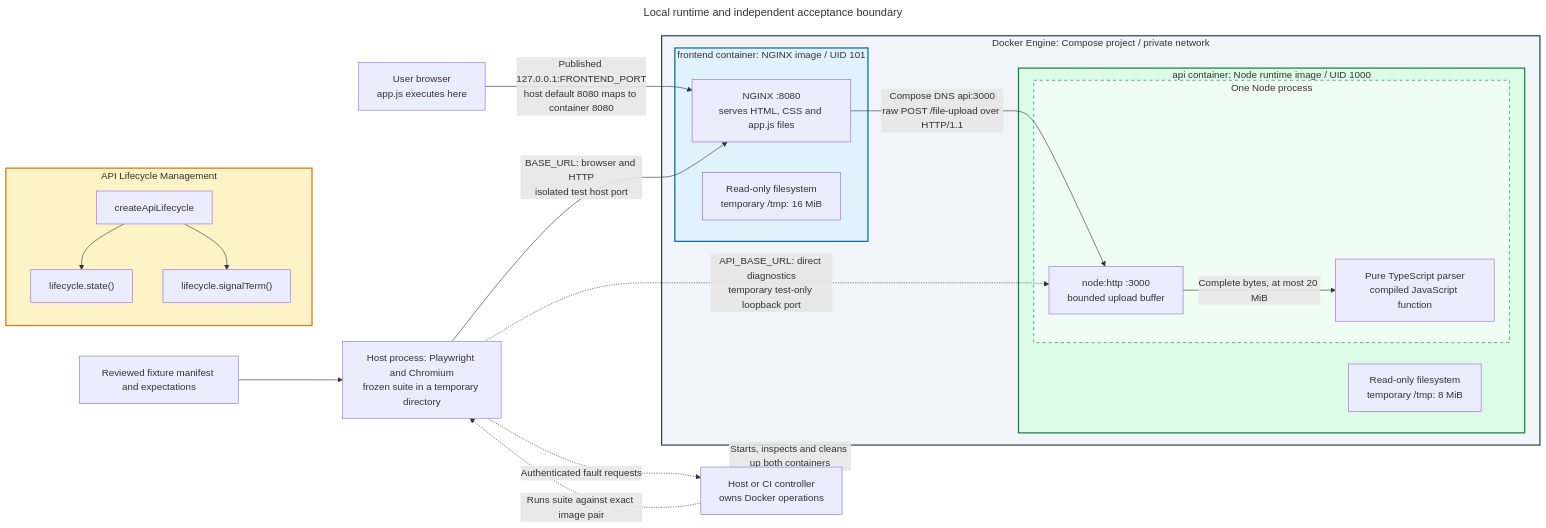
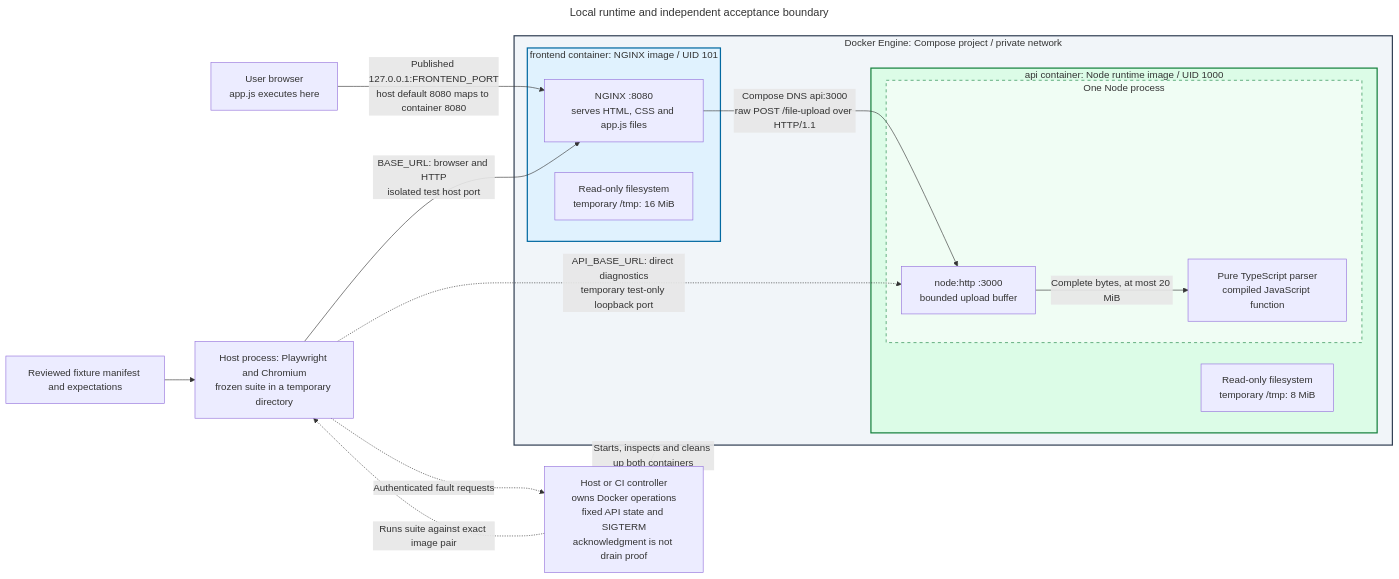
Before and after one commit to brobro10000/mp3-frame-counter: the diagram in docs/architecture/diagrams/runtime.mmd, drawn with Mermaid. The commit also changed 1 other file, not shown here.

Commit message:
docs(architecture): keep lifecycle controls inside host boundary

```diff
--- a/docs/architecture/diagrams/runtime.mmd
+++ b/docs/architecture/diagrams/runtime.mmd
@@ -1,60 +1,54 @@
 ---
 title: Local runtime and independent acceptance boundary
 query: >-
   Show Docker wrapping exactly two independently built application images as
   Compose containers. Nest NGINX and its static assets inside the frontend
   container, and the HTTP handler plus parser inside one Node process in the API
   container. Put both containers inside Docker's Compose network. Keep browser
   JavaScript, the host controller and extracted Playwright/Chromium runner
   outside Docker. Distinguish published loopback host port from internal
   frontend port 8080 and private API port 3000, with a separate test-only
   loopback binding for direct API diagnostics. Show source-defined runtime
   users, read-only filesystems, temporary mounts and bounded in-process parsing.
   Do not imply a third parser/test container, Node frontend runtime or cloud
-  deployment.
+  deployment. Keep fixed API lifecycle readback and SIGTERM inside the host
+  controller; command acknowledgment does not prove graceful drain.
 references:
   - 'File: /compose.yaml'
   - 'File: /frontend/Dockerfile'
   - 'File: /frontend/nginx.conf.template'
   - 'File: /server/Dockerfile'
   - 'File: /server/src/http.ts'
   - 'File: /server/src/mp3.ts'
   - 'File: /scripts/run-e2e.mjs'
+  - 'File: /scripts/e2e-controller.mjs'
 generationTime: '2026-10-10T10:13:57.088Z'
 ---
 flowchart LR
     B["User browser<br/>app.js executes here"]
     subgraph DOCKER["Docker Engine: Compose project / private network"]
         subgraph FRONT["frontend container: NGINX image / UID 101"]
             F["NGINX :8080<br/>serves HTML, CSS and app.js files"]
             FS["Read-only filesystem<br/>temporary /tmp: 16 MiB"]
         end
         subgraph BACK["api container: Node runtime image / UID 1000"]
             subgraph NODE["One Node process"]
                 A["node:http :3000<br/>bounded upload buffer"]
                 P["Pure TypeScript parser<br/>compiled JavaScript function"]
                 A -->|"Complete bytes, at most 20 MiB"| P
             end
             AS["Read-only filesystem<br/>temporary /tmp: 8 MiB"]
         end
         F -->|"Compose DNS api:3000<br/>raw POST /file-upload over HTTP/1.1"| A
     end
     B -->|"Published 127.0.0.1:FRONTEND_PORT<br/>host default 8080 maps to container 8080"| F
     T["Host process: Playwright and Chromium<br/>frozen suite in a temporary directory"] -->|"BASE_URL: browser and HTTP<br/>isolated test host port"| F
     T -.->|"API_BASE_URL: direct diagnostics<br/>temporary test-only loopback port"| A
     O["Reviewed fixture manifest and expectations"] --> T
-    C["Host or CI controller<br/>owns Docker operations"] -.->|"Starts, inspects and cleans up both containers"| DOCKER
+    C["Host or CI controller<br/>owns Docker operations<br/>fixed API state and SIGTERM<br/>acknowledgment is not drain proof"] -.->|"Starts, inspects and cleans up both containers"| DOCKER
     C -.->|"Runs suite against exact image pair"| T
     T -.->|"Authenticated fault requests"| C
-    subgraph LIFECYCLE["API Lifecycle Management"]
-        L1["createApiLifecycle"]
-        L2["lifecycle.state()"]
-        L3["lifecycle.signalTerm()"]
-    end
-    L1 --> L2
-    L1 --> L3
     style DOCKER fill:#f1f5f9,stroke:#334155,stroke-width:2px
     style FRONT fill:#e0f2fe,stroke:#0369a1,stroke-width:2px
     style BACK fill:#dcfce7,stroke:#15803d,stroke-width:2px
     style NODE fill:#f0fdf4,stroke:#15803d,stroke-dasharray:5 5
-    style LIFECYCLE fill:#fef3c7,stroke:#d97706,stroke-width:2px
```
